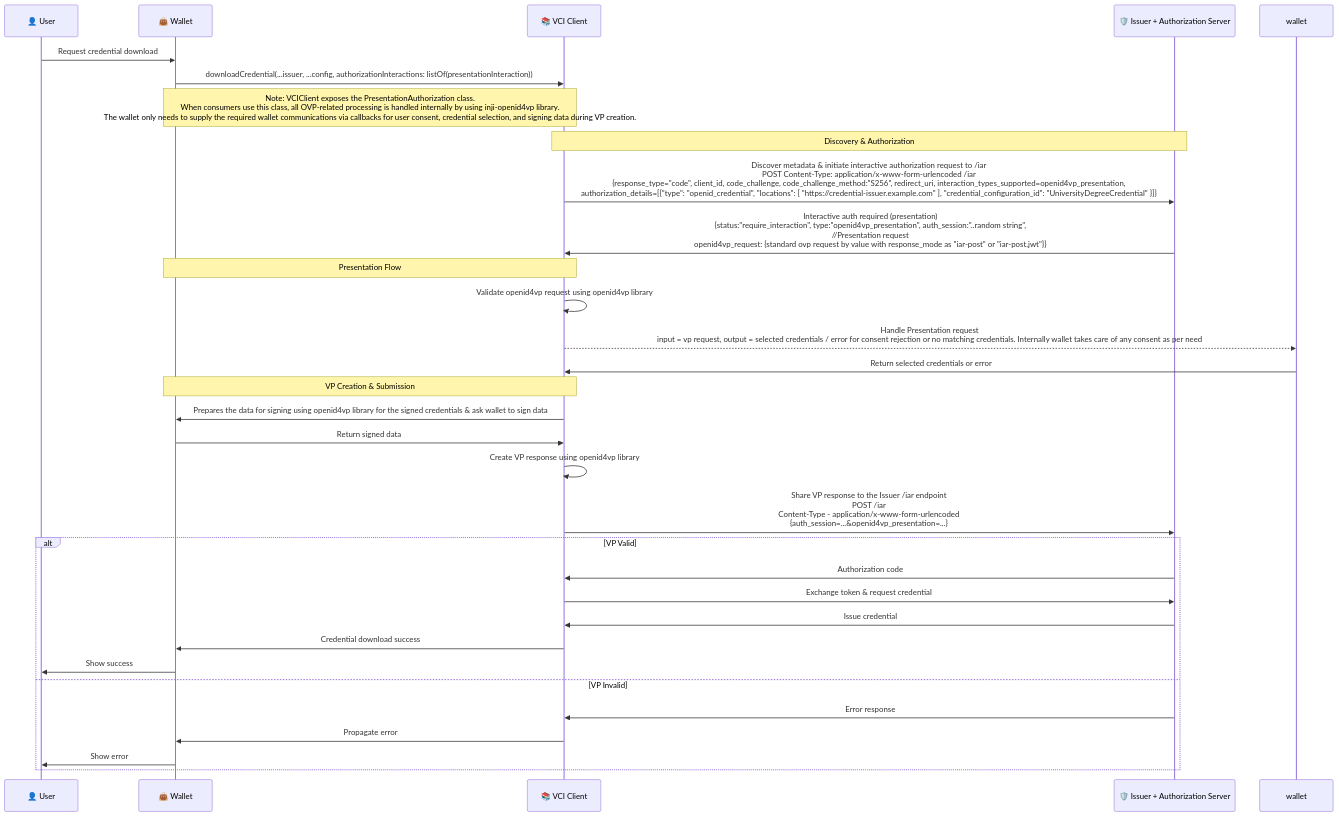
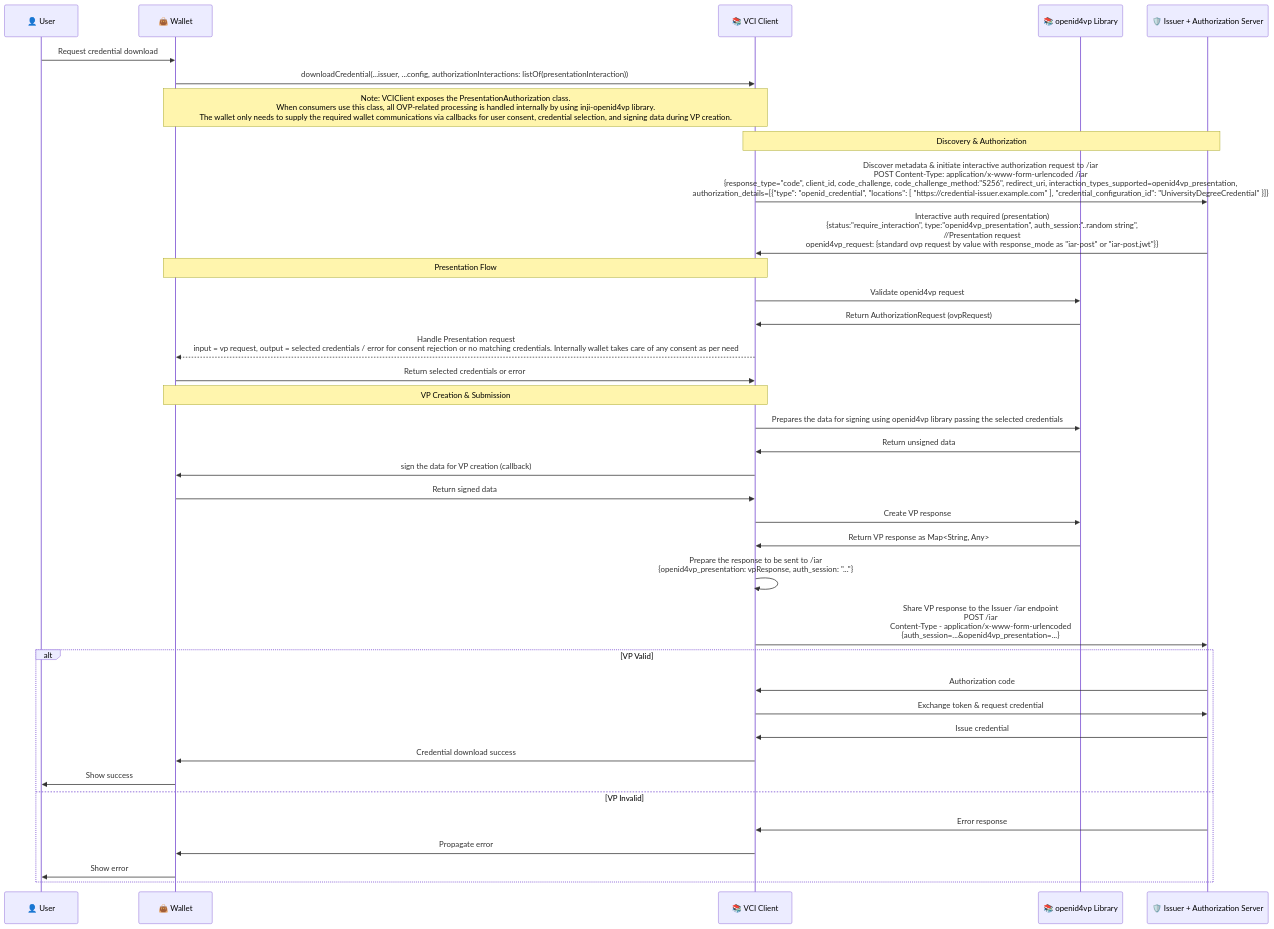
Before and after one commit to tw-mosip/inji-wallet: the second of 4 diagrams in docs/presentation-during-issuance.md, drawn with Mermaid. The commit also changed other lines of this file, not shown here.

````diff
--- a/docs/presentation-during-issuance.md
+++ b/docs/presentation-during-issuance.md
@@ -79,38 +79,44 @@
 ```mermaid
 sequenceDiagram
     participant User as 👤 User
     participant Wallet as 👜 Wallet
     participant VCIClient as 📚 VCI Client
+    participant ovp as 📚 openid4vp Library
     participant Issuer as 🛡️ Issuer + Authorization Server
 
     User->>Wallet: Request credential download
     Wallet->>VCIClient: downloadCredential(...issuer, ...config, authorizationInteractions: listOf(presentationInteraction))
     Note over Wallet,VCIClient: Note: VCIClient exposes the PresentationAuthorization class.<br/>When consumers use this class, all OVP-related processing is handled internally by using inji-openid4vp library.<br/>The wallet only needs to supply the required wallet communications via callbacks for user consent, credential selection, and signing data during VP creation.
-    
+
     Note over VCIClient,Issuer: Discovery & Authorization
     VCIClient->>Issuer: Discover metadata & initiate interactive authorization request to /iar<br/>POST Content-Type: application/x-www-form-urlencoded /iar<br/>{response_type="code", client_id, code_challenge, code_challenge_method:"S256", redirect_uri, interaction_types_supported=openid4vp_presentation, <br/>authorization_details=[{"type": "openid_credential", "locations": [ "https://credential-issuer.example.com" ], "credential_configuration_id": "UniversityDegreeCredential" }]}
     Issuer->>VCIClient: Interactive auth required (presentation)<br/>{status:"require_interaction", type:"openid4vp_presentation", auth_session:"..random string",<br/>//Presentation request<br/>openid4vp_request: {standard ovp request by value with response_mode as "iar-post" or "iar-post.jwt"}}
-    
+
     Note over Wallet,VCIClient: Presentation Flow
-    VCIClient ->> VCIClient: Validate openid4vp request using openid4vp library
-    VCIClient -->> wallet : Handle Presentation request<br/>input = vp request, output = selected credentials / error for consent rejection or no matching credentials. Internally wallet takes care of any consent as per need
-    wallet ->> VCIClient: Return selected credentials or error
-    
-    Note over Wallet,VCIClient: VP Creation & Submission  
-    VCIClient->>Wallet: Prepares the data for signing using openid4vp library for the signed credentials & ask wallet to sign data
+    VCIClient ->> ovp: Validate openid4vp request
+    ovp ->> VCIClient: Return AuthorizationRequest (ovpRequest)
+    VCIClient -->> Wallet : Handle Presentation request<br/>input = vp request, output = selected credentials / error for consent rejection or no matching credentials. Internally wallet takes care of any consent as per need
+    Wallet ->> VCIClient: Return selected credentials or error
+
+    Note over Wallet,VCIClient: VP Creation & Submission
+    VCIClient->>ovp: Prepares the data for signing using openid4vp library passing the selected credentials
+    ovp->>VCIClient: Return unsigned data
+    VCIClient->>Wallet: sign the data for VP creation (callback)
     Wallet->>VCIClient: Return signed data
-    VCIClient->>VCIClient: Create VP response using openid4vp library
+    VCIClient->>ovp: Create VP response
+    ovp->>VCIClient: Return VP response as Map<String, Any>
+    VCIClient->>VCIClient: Prepare the response to be sent to /iar<br/>{openid4vp_presentation: vpResponse, auth_session: "..."}
     VCIClient->>Issuer: Share VP response to the Issuer /iar endpoint<br/>POST /iar<br/>Content-Type - application/x-www-form-urlencoded<br/>{auth_session=...&openid4vp_presentation=...}
-    
+
     alt VP Valid
         Issuer->>VCIClient: Authorization code
         VCIClient->>Issuer: Exchange token & request credential
         Issuer->>VCIClient: Issue credential
         VCIClient->>Wallet: Credential download success
         Wallet->>User: Show success
-    else VP Invalid  
+    else VP Invalid
         Issuer->>VCIClient: Error response
         VCIClient->>Wallet: Propagate error
         Wallet->>User: Show error
     end
 ```
````
